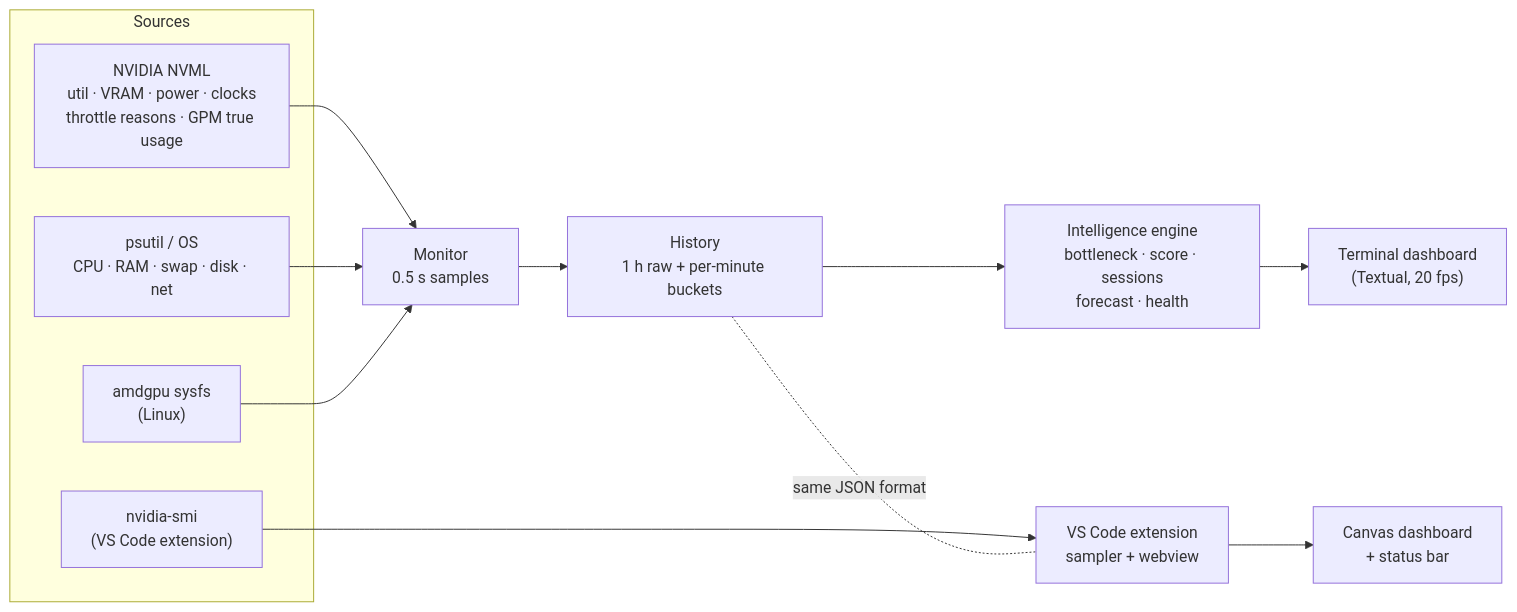
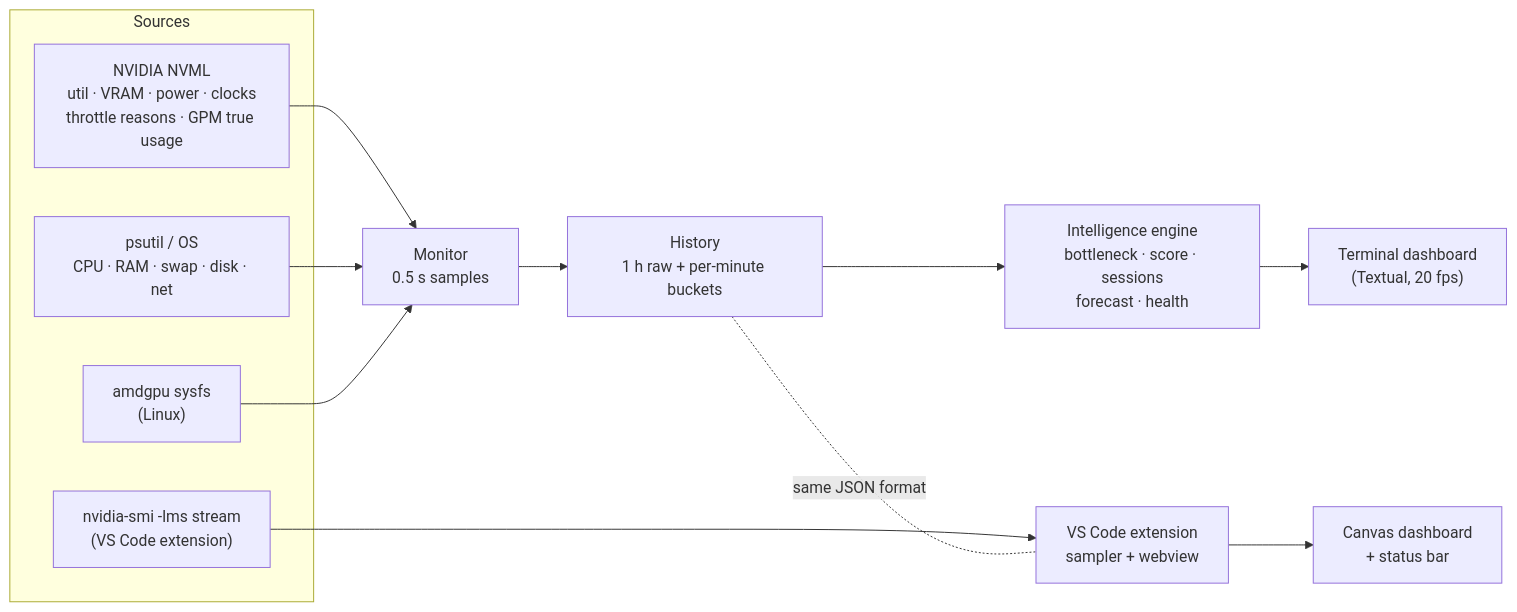
One commit to Optimizer077/gpu-pulse changed the diagram in README.md. Above: the diagram before and after it, drawn with Mermaid. The commit also changed other lines of this file and 70 other files, not shown here.

````diff
--- a/README.md
+++ b/README.md
@@ -272,18 +311,18 @@
 ```mermaid
 flowchart LR
     subgraph Sources
         NVML["NVIDIA NVML<br/>util · VRAM · power · clocks<br/>throttle reasons · GPM true usage"]
-        SMI["nvidia-smi<br/>(VS Code extension)"]
+        SMI["nvidia-smi -lms stream<br/>(VS Code extension)"]
         SYS["psutil / OS<br/>CPU · RAM · swap · disk · net"]
         AMD["amdgpu sysfs<br/>(Linux)"]
     end
     NVML --> MON
     SMI --> EXT
     SYS --> MON
     AMD --> MON
     MON["Monitor<br/>0.5 s samples"] --> HIST["History<br/>1 h raw + per-minute buckets"]
     HIST --> INTEL["Intelligence engine<br/>bottleneck · score · sessions<br/>forecast · health"]
     INTEL --> TUI["Terminal dashboard<br/>(Textual, 20 fps)"]
     EXT["VS Code extension<br/>sampler + webview"] --> UI["Canvas dashboard<br/>+ status bar"]
     HIST -. "same JSON format" .- EXT
 ```
````
